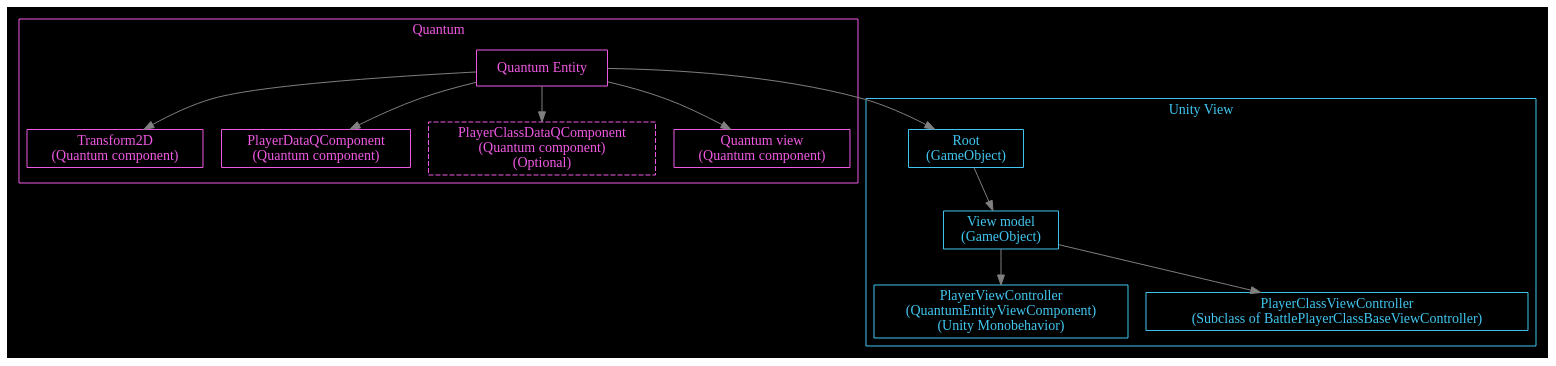
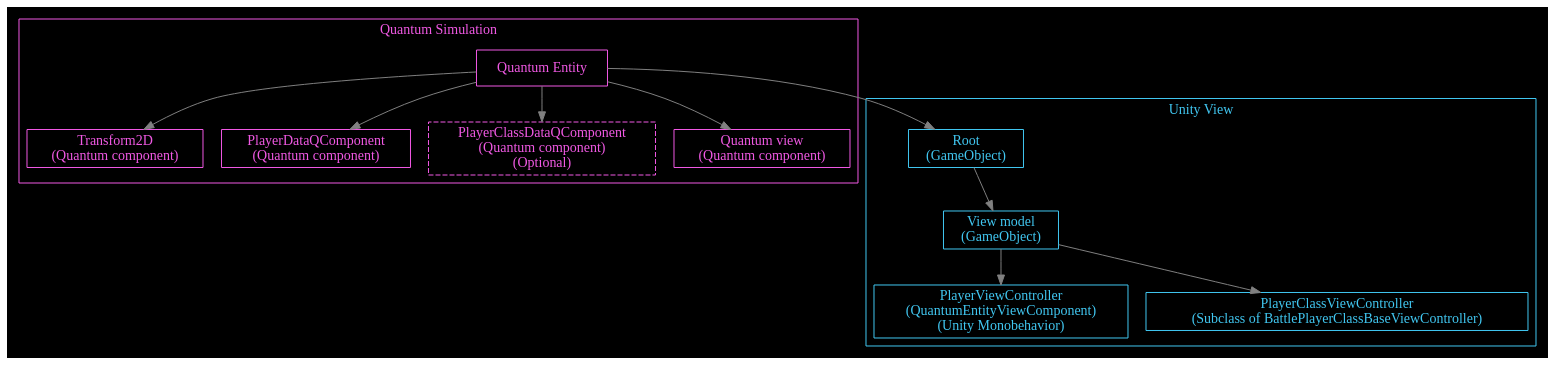
One commit to Alt-Org/Altzone changed the sixth of 8 diagrams in Doc/Doxygen/Battle/additional-documentation/pages/1-concepts-player-.md. Above: the diagram before and after it, drawn with Graphviz. The commit also changed other lines of this file, not shown here.

````diff
--- a/Doc/Doxygen/Battle/additional-documentation/pages/1-concepts-player-.md
+++ b/Doc/Doxygen/Battle/additional-documentation/pages/1-concepts-player-.md
@@ -219,43 +238,43 @@
 ```dot
 digraph PlayerCharacterEntity {
   color=white;
   fontcolor=white;
   bgcolor=black;
 
 
   edge [color=gray];
 
   subgraph cluster_quantum {
     color="#F159E4";
     fontcolor="#F159E4";
-    label = "Quantum";
+    label = "Quantum Simulation";
 
     node [shape=box, style=filled, color="#F159E4", fontcolor="#F159E4", fillcolor=black];
 
     Entity          [label="Quantum Entity"];
     Transform2D     [label="Transform2D\n(Quantum component)"];
     PlayerData      [label="PlayerDataQComponent\n(Quantum component)"];
     PlayerClassData [label="PlayerClassDataQComponent\n(Quantum component)\n(Optional)", style=dashed];
     View            [label="Quantum view\n(Quantum component)"];
 
     Entity -> Transform2D, PlayerData, PlayerClassData, View;
   }
 
   subgraph cluster_unity {
     color="#41C7F1";
     fontcolor="#41C7F1";
     label = "Unity View";
 
     node [shape=box, style=filled, color="#41C7F1", fontcolor="#41C7F1", fillcolor=black];
 
     RootGameObject            [label="Root\n(GameObject)"];
     ViewModel                 [label="View model\n(GameObject)"];
     PlayerViewController      [label="PlayerViewController\n(QuantumEntityViewComponent)\n(Unity Monobehavior)"];
     PlayerClassViewController [label="PlayerClassViewController\n(Subclass of BattlePlayerClassBaseViewController)"];
 
     RootGameObject -> ViewModel -> PlayerViewController, PlayerClassViewController;
   }
 
   Entity -> RootGameObject;
 }
 ```
````
